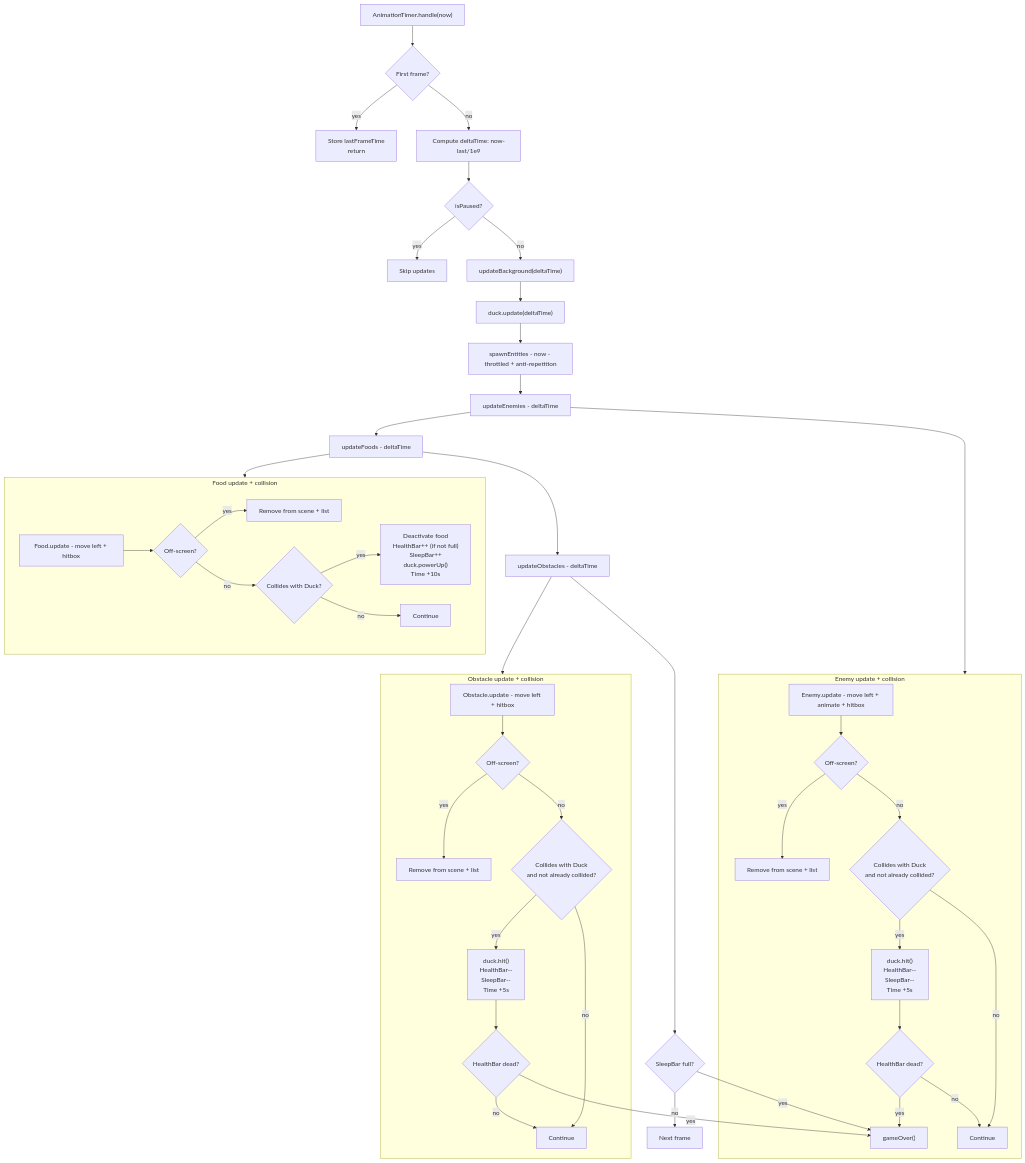
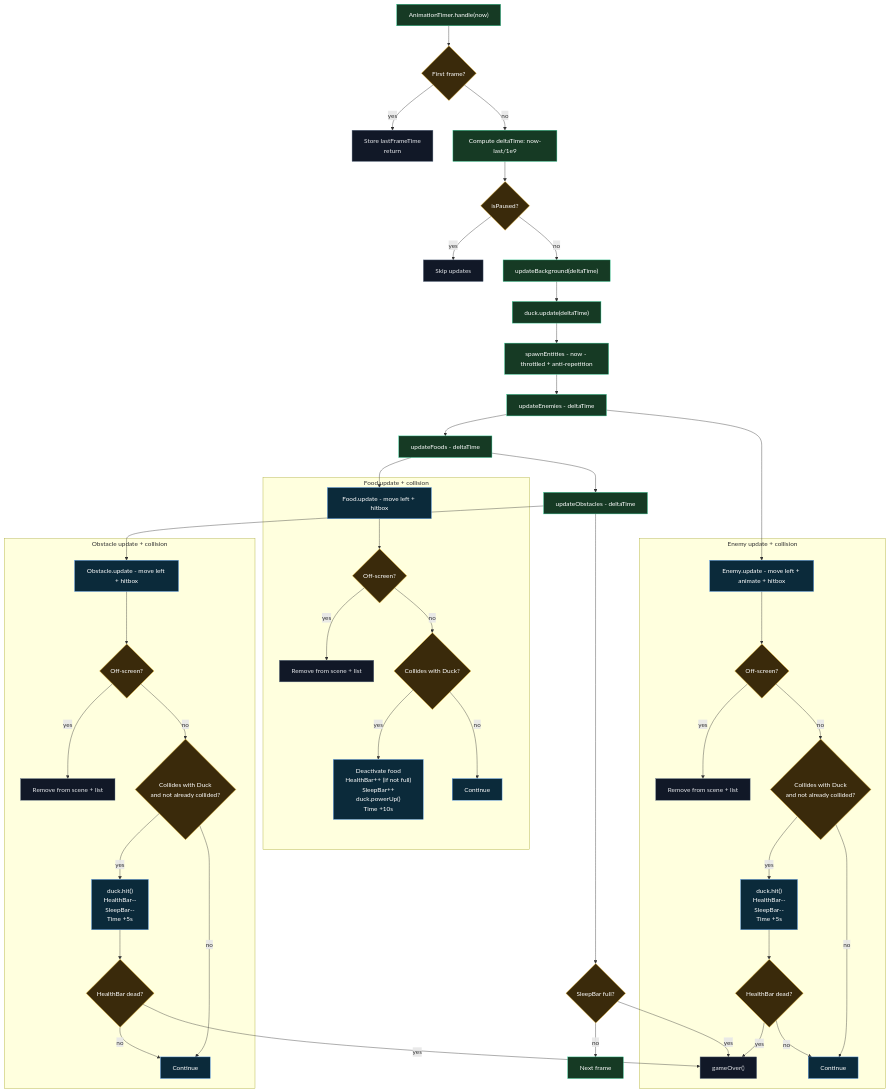
The second of 3 diagrams in docs/PROJECT_FLOWCHART.md (MdRasB/Duck_Dash), drawn with Mermaid before and after one commit. The commit also changed other lines of this file and 3 other files, not shown here.

Commit message:
flowchart update

````diff
--- a/docs/PROJECT_FLOWCHART.md
+++ b/docs/PROJECT_FLOWCHART.md
@@ -87,58 +87,72 @@
 ```mermaid
 flowchart TD
   %% ===========================
   %% GameScene per-frame details
   %% ===========================
 
   A["AnimationTimer.handle(now)"] --> B{First frame?}
-  B -- yes --> C[Store lastFrameTime\nreturn]
+  B -- yes --> C["Store lastFrameTime\nreturn"]
   B -- no --> D["Compute deltaTime: now-last/1e9"]
   D --> E{isPaused?}
   E -- yes --> Z[Skip updates]
   E -- no --> F["updateBackground(deltaTime)"]
   F --> G["duck.update(deltaTime)"]
   G --> H["spawnEntities - now - throttled + anti-repetition"]
   H --> I["updateEnemies - deltaTime"]
   I --> J["updateFoods - deltaTime"]
   J --> K["updateObstacles - deltaTime"]
   K --> L{SleepBar full?}
   L -- yes --> M["gameOver()"]
   L -- no --> N[Next frame]
 
   %% Enemies
-  subgraph EN[Enemy update + collision]
+  subgraph EN ["Enemy update + collision"]
     E1["Enemy.update - move left + animate + hitbox"] --> E2{Off-screen?}
-    E2 -- yes --> E3[Remove from scene + list]
+    E2 -- yes --> E3["Remove from scene + list"]
     E2 -- no --> E4{Collides with Duck\nand not already collided?}
     E4 -- yes --> E5["duck.hit()\nHealthBar--\nSleepBar--\nTime +5s"]
     E5 --> E6{HealthBar dead?}
     E6 -- yes --> M
     E6 -- no --> E7[Continue]
     E4 -- no --> E7
   end
 
   %% Foods
-  subgraph FO[Food update + collision]
+  subgraph FO ["Food update + collision"]
     F1["Food.update - move left + hitbox"] --> F2{Off-screen?}
-    F2 -- yes --> F3[Remove from scene + list]
+    F2 -- yes --> F3["Remove from scene + list"]
     F2 -- no --> F4{Collides with Duck?}
     F4 -- yes --> F5["Deactivate food\nHealthBar++ (if not full)\nSleepBar++\nduck.powerUp()\nTime +10s"]
     F4 -- no --> F6[Continue]
   end
 
   %% Obstacles
-  subgraph OB[Obstacle update + collision]
+  subgraph OB ["Obstacle update + collision"]
     O1["Obstacle.update - move left + hitbox"] --> O2{Off-screen?}
-    O2 -- yes --> O3[Remove from scene + list]
+    O2 -- yes --> O3["Remove from scene + list"]
     O2 -- no --> O4{Collides with Duck\nand not already collided?}
     O4 -- yes --> O5["duck.hit()\nHealthBar--\nSleepBar--\nTime +5s"]
     O5 --> O6{HealthBar dead?}
     O6 -- yes --> M
     O6 -- no --> O7[Continue]
     O4 -- no --> O7
   end
 
-  I --> EN
-  J --> FO
-  K --> OB
+  %% Connect the main pipeline to concrete nodes inside subgraphs.
+  %% (Linking to the subgraph id itself can render blank in Mermaid v10+.)
+  I --> E1
+  J --> F1
+  K --> O1
+
+  %% Color theme (so this diagram matches the styled Runtime Workflow)
+  classDef core fill:#163a24,stroke:#34d399,color:#ffffff;
+  classDef ui fill:#0b2a3a,stroke:#60a5fa,color:#ffffff;
+  classDef decision fill:#3a2a0b,stroke:#fbbf24,color:#ffffff;
+  classDef loop fill:#1f2a44,stroke:#93c5fd,color:#ffffff;
+  classDef remove fill:#111827,stroke:#64748b,color:#e5e7eb;
+
+  class A,D,F,G,H,I,J,K,N core;
+  class C,Z,M,E3,F3,O3 remove;
+  class B,E,L,E2,E4,E6,F2,F4,O2,O4,O6 decision;
+  class E1,E5,E7,F1,F5,F6,O1,O5,O7 ui;
 ```
````
